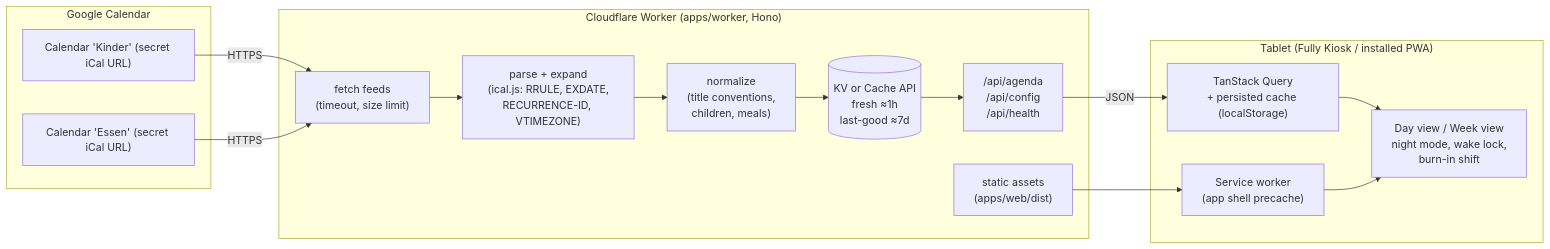
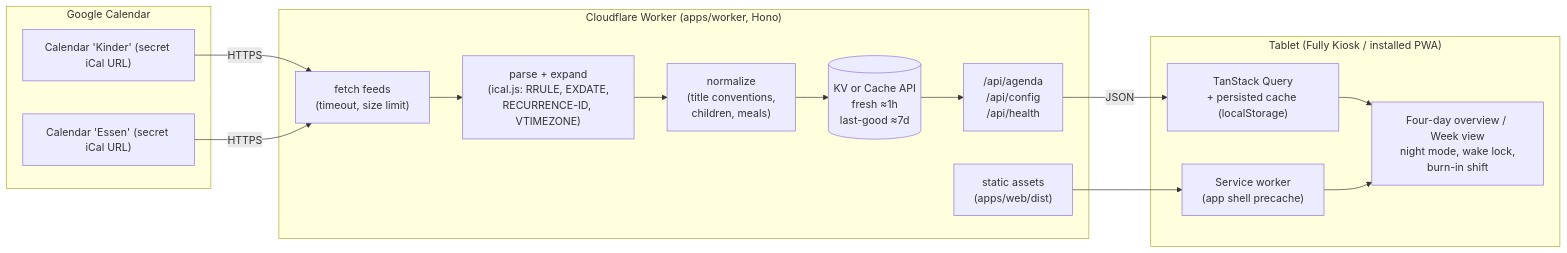
The diagram in docs/ARCHITECTURE.md (FinkeFlo/KidBoard), drawn with Mermaid before and after one commit. The commit also changed other lines of this file and 15 other files, not shown here.

````diff
--- a/docs/ARCHITECTURE.md
+++ b/docs/ARCHITECTURE.md
@@ -14,28 +14,28 @@
 ```mermaid
 flowchart LR
   subgraph Google["Google Calendar"]
     K["Calendar 'Kinder' (secret iCal URL)"]
     E["Calendar 'Essen' (secret iCal URL)"]
   end
 
   subgraph Worker["Cloudflare Worker (apps/worker, Hono)"]
     F["fetch feeds<br/>(timeout, size limit)"]
     P["parse + expand<br/>(ical.js: RRULE, EXDATE,<br/>RECURRENCE-ID, VTIMEZONE)"]
     N["normalize<br/>(title conventions,<br/>children, meals)"]
     C[("KV or Cache API<br/>fresh ≈1h<br/>last-good ≈7d")]
     A["/api/agenda<br/>/api/config<br/>/api/health"]
     S["static assets<br/>(apps/web/dist)"]
   end
 
   subgraph Tablet["Tablet (Fully Kiosk / installed PWA)"]
     SW["Service worker<br/>(app shell precache)"]
     Q["TanStack Query<br/>+ persisted cache (localStorage)"]
-    V["Day view / Week view<br/>night mode, wake lock,<br/>burn-in shift"]
+    V["Four-day overview / Week view<br/>night mode, wake lock,<br/>burn-in shift"]
   end
 
   K -- HTTPS --> F
   E -- HTTPS --> F
   F --> P --> N --> C --> A
   A -- JSON --> Q --> V
   S --> SW --> V
 ```
````
